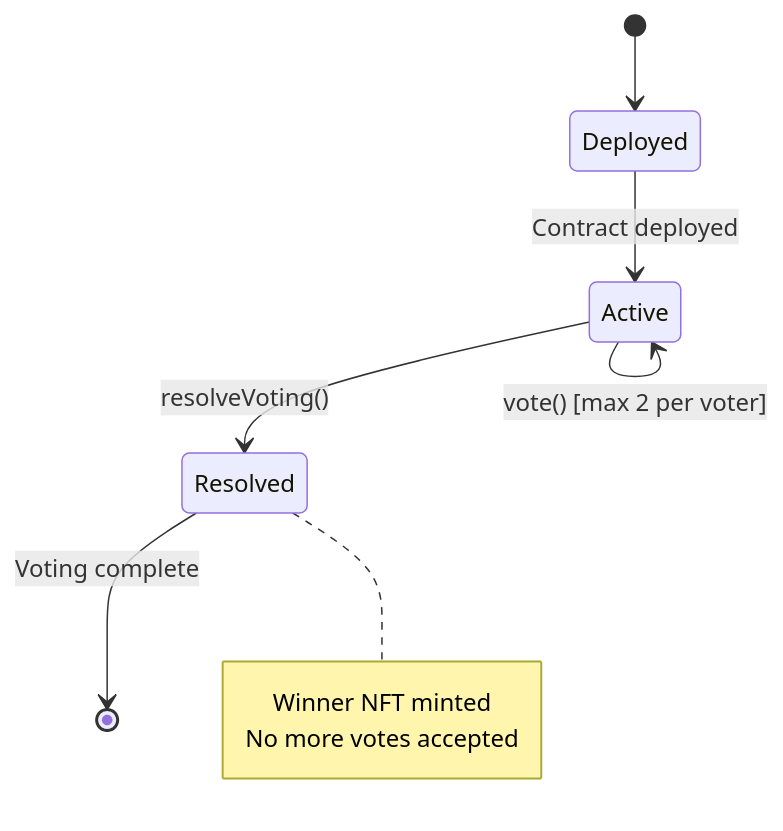
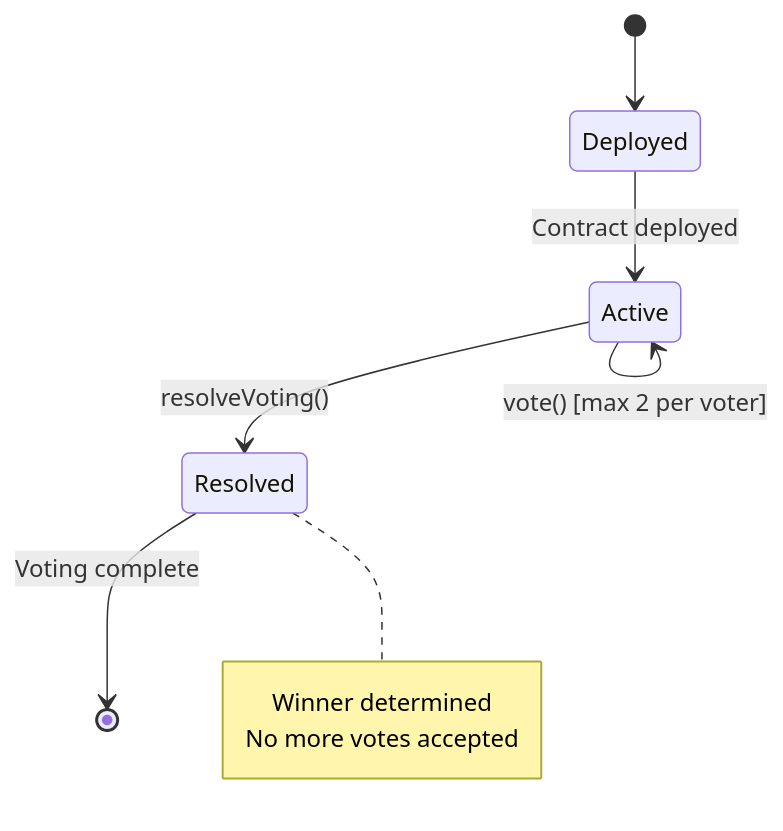
The fifth of 5 diagrams in SMART_CONTRACT_SPEC.md (communetxyz/Hackatsuon), drawn with Mermaid before and after one commit. The commit also changed other lines of this file, not shown here.

First line of the commit message:
Refactor smart contract spec: remove NFT feature and simplify flows

````diff
--- a/SMART_CONTRACT_SPEC.md
+++ b/SMART_CONTRACT_SPEC.md
@@ -311,14 +280,14 @@
 ```mermaid
 stateDiagram
     [*] --> Deployed
     Deployed --> Active : Contract deployed
     Active --> Active : registerProject()
     Active --> Active : vote() [max 2 per voter]
     Active --> Resolved : resolveVoting()
     Resolved --> [*] : Voting complete
     
     note right of Resolved
-        Winner NFT minted
+        Winner determined
         No more votes accepted
     end note
 ```
````
